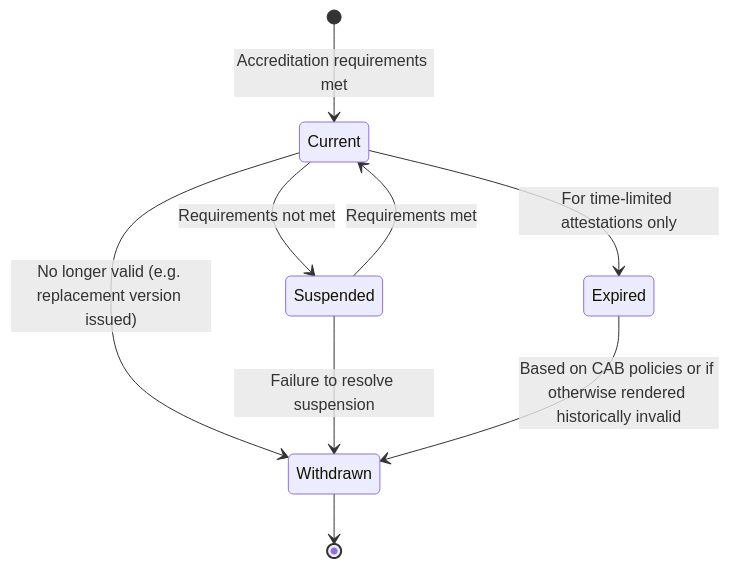
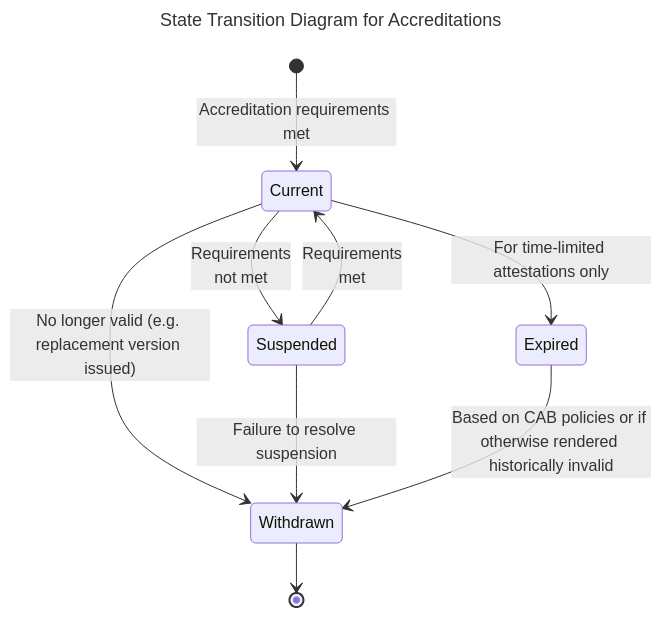
One commit to sezoo-digital/Verifiable-Credential-Papers changed the second of 3 diagrams in docs/lifeCycle.md. Above: the diagram before and after it, drawn with Mermaid. The commit also changed other lines of this file, not shown here.

Commit message:
Improving  text and diagrams

````diff
--- a/docs/lifeCycle.md
+++ b/docs/lifeCycle.md
@@ -79,12 +81,15 @@
 ```mermaid
+---
+title: State Transition Diagram for Accreditations
+---
 stateDiagram
   direction TB
   [*] --> Current:Accreditation requirements met
-  Current --> Suspended:Requirements not met
+  Current --> Suspended:Requirements</br>not met
   Current --> Withdrawn:No longer valid (e.g. replacement version issued)
   Current --> Expired:For time-limited attestations only
-  Suspended --> Current:Requirements met
+  Suspended --> Current:Requirements</br>met
   Suspended --> Withdrawn:Failure to resolve suspension
   Expired --> Withdrawn:Based on CAB policies or if otherwise rendered historically invalid
   Withdrawn --> [*]
 ```
````
